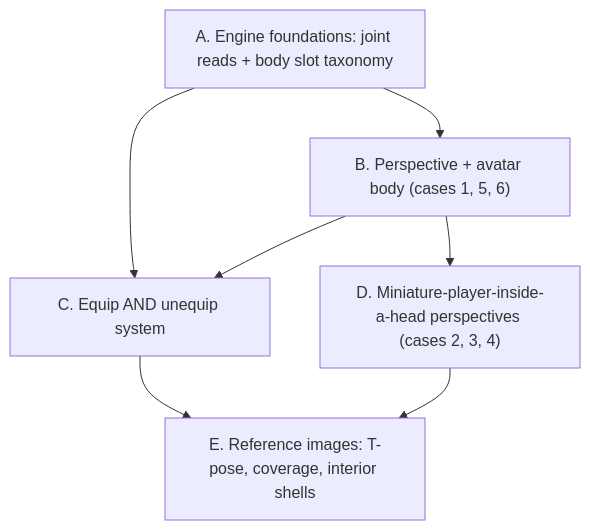
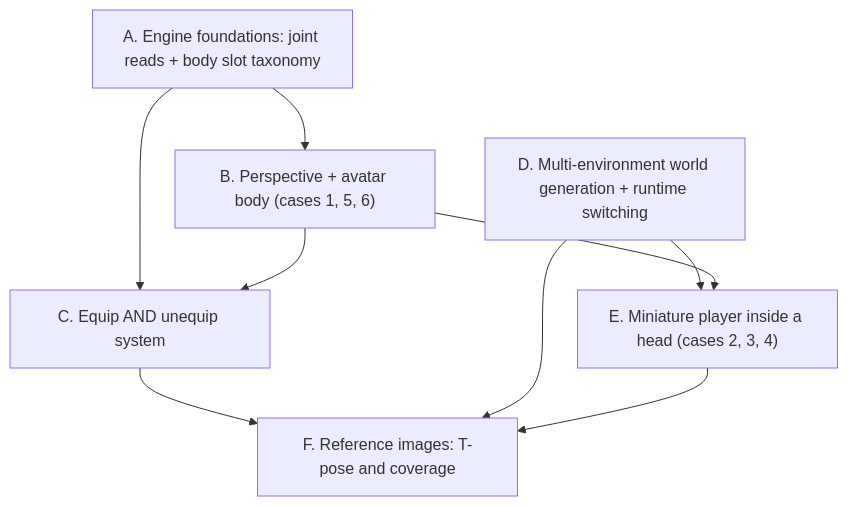
The diagram in .cursor/plans/equip_mechanic_and_t-pose_82a5e4f8.plan.md (FriimanTech/Prompt-To-VR), drawn with Mermaid before and after one commit. The commit also changed other lines of this file, not shown here.

Commit message:
Lastest update to the plan where it was now updated to transition from Gemini to 3d model interior assets to now having a plan for my World Generation stage to be able to create mutiple VR Envioments but there are still issues that need to be addressed

````diff
--- a/.cursor/plans/equip_mechanic_and_t-pose_82a5e4f8.plan.md
+++ b/.cursor/plans/equip_mechanic_and_t-pose_82a5e4f8.plan.md
@@ -67,9 +88,11 @@
 ```mermaid
 flowchart TD
   A["A. Engine foundations: joint reads + body slot taxonomy"] --> B["B. Perspective + avatar body (cases 1, 5, 6)"]
   A --> C["C. Equip AND unequip system"]
   B --> C
-  B --> D["D. Miniature-player-inside-a-head perspectives (cases 2, 3, 4)"]
-  C --> E["E. Reference images: T-pose, coverage, interior shells"]
-  D --> E
+  D["D. Multi-environment world generation + runtime switching"] --> E["E. Miniature player inside a head (cases 2, 3, 4)"]
+  B --> E
+  C --> F["F. Reference images: T-pose and coverage"]
+  D --> F
+  E --> F
 ```
````
